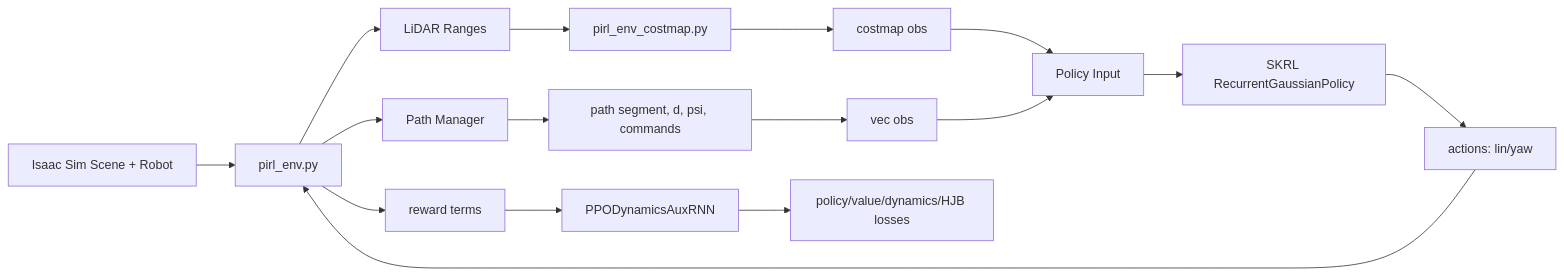
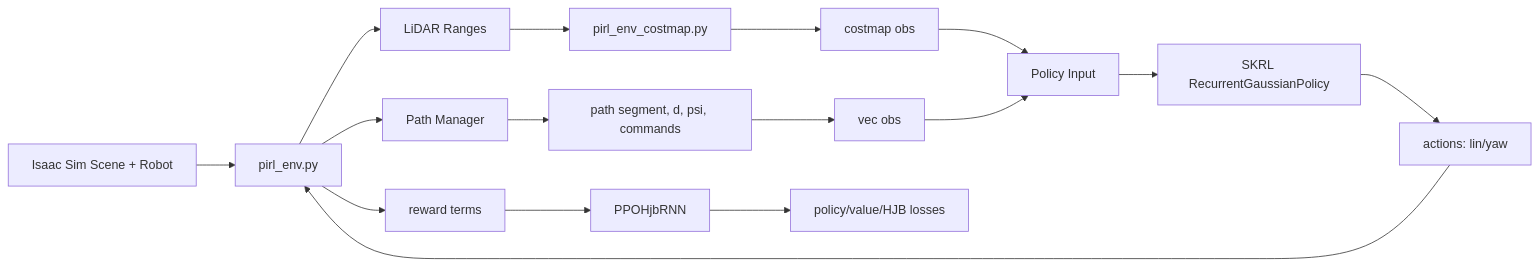
One commit to ulanpy/pirl changed the diagram in projects/pirl/AGENTS.md. Above: the diagram before and after it, drawn with Mermaid. The commit also changed other lines of this file and 13 other files, not shown here.

````diff
--- a/projects/pirl/AGENTS.md
+++ b/projects/pirl/AGENTS.md
@@ -103,18 +105,18 @@
 ```mermaid
 flowchart LR
   A[Isaac Sim Scene + Robot] --> B[pirl_env.py]
   B --> C[LiDAR Ranges]
   B --> D[Path Manager]
   C --> E[pirl_env_costmap.py]
   D --> F[path segment, d, psi, commands]
   E --> G[costmap obs]
   F --> H[vec obs]
   G --> I[Policy Input]
   H --> I
   I --> J[SKRL RecurrentGaussianPolicy]
   J --> K[actions: lin/yaw]
   K --> B
   B --> L[reward terms]
-  L --> M[PPODynamicsAuxRNN]
-  M --> N[policy/value/dynamics/HJB losses]
+  L --> M[PPOHjbRNN]
+  M --> N[policy/value/HJB losses]
 ```
````
